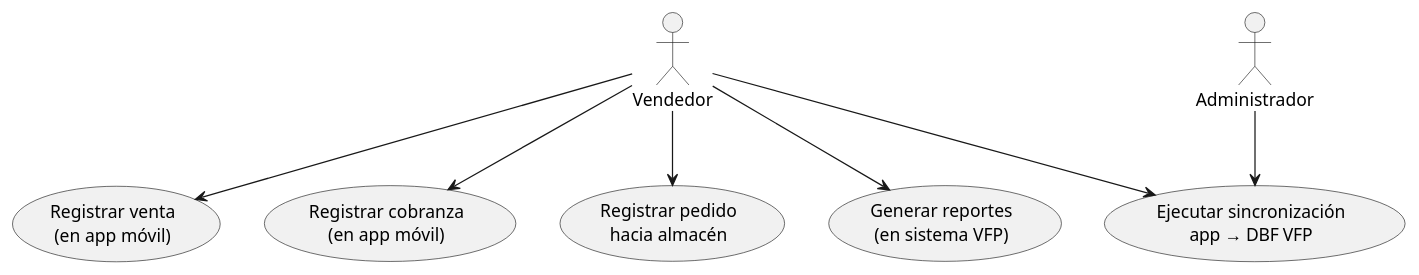
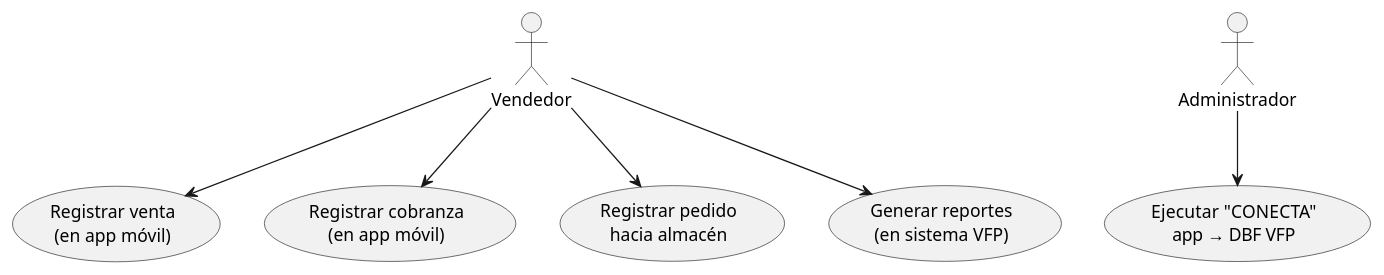
The diagram in diagrams/as-is/general.usecase.puml (Jose20025/tesis-reing), drawn with PlantUML before and after one commit. The commit also changed 1 other file, not shown here.

Commit message:
actualiza: diagramas de clases y casos de uso para reflejar cambios en la estructura de datos

```diff
--- a/diagrams/as-is/general.usecase.puml
+++ b/diagrams/as-is/general.usecase.puml
@@ -1,21 +1,20 @@
 @startuml as-is
 ' Casos de uso As-Is (app móvil + VFP) corregido
 
 actor Vendedor as V
 actor Administrador as A
 
 usecase "Registrar venta\n(en app móvil)" as UC1
 usecase "Registrar cobranza\n(en app móvil)" as UC2
 usecase "Registrar pedido\nhacia almacén" as UC3
 usecase "Generar reportes\n(en sistema VFP)" as UC5
-usecase "Ejecutar sincronización\napp → DBF VFP" as UC4
+usecase "Ejecutar "CONECTA"\napp → DBF VFP" as UC4
 
 V --> UC1
 V --> UC2
 V --> UC3
 V --> UC5
 
 A --> UC4
-V --> UC4
 
 @enduml
```
